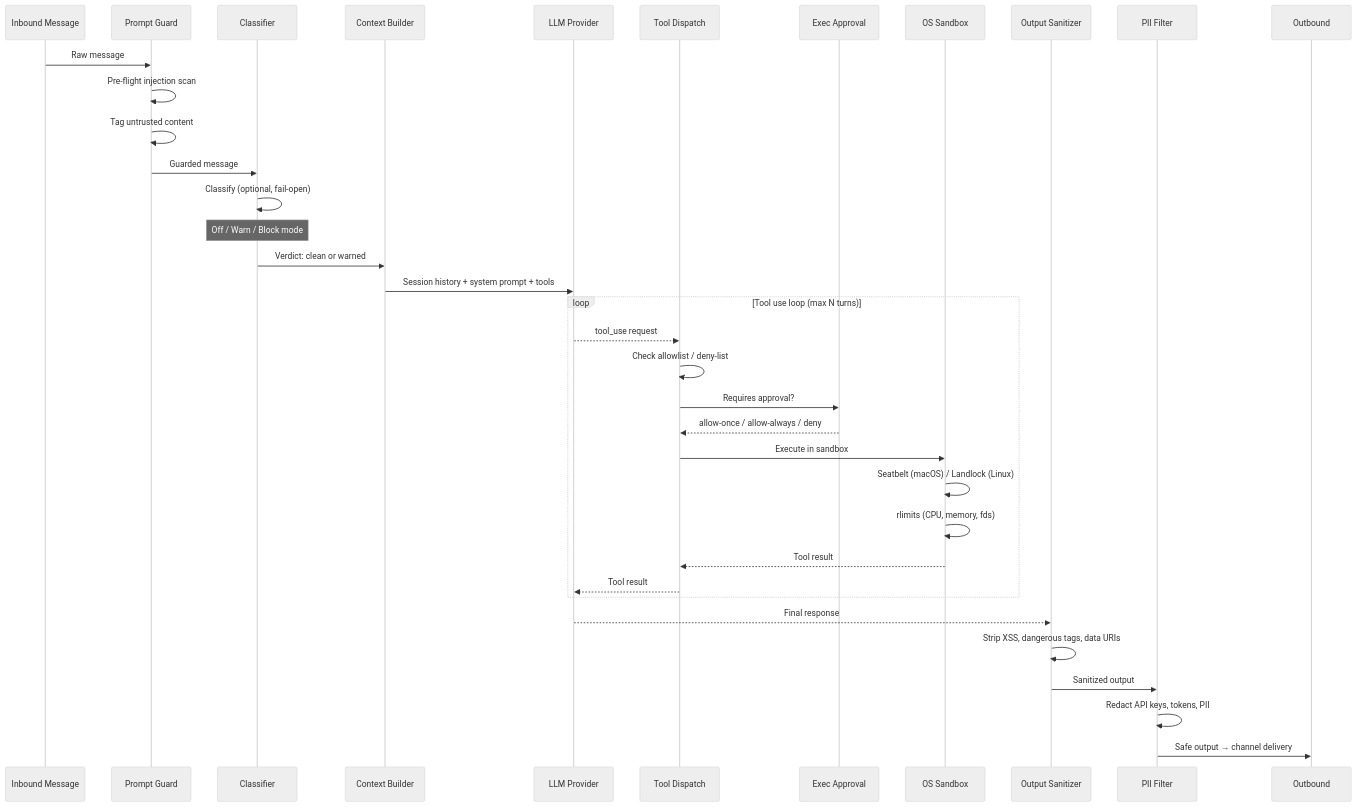
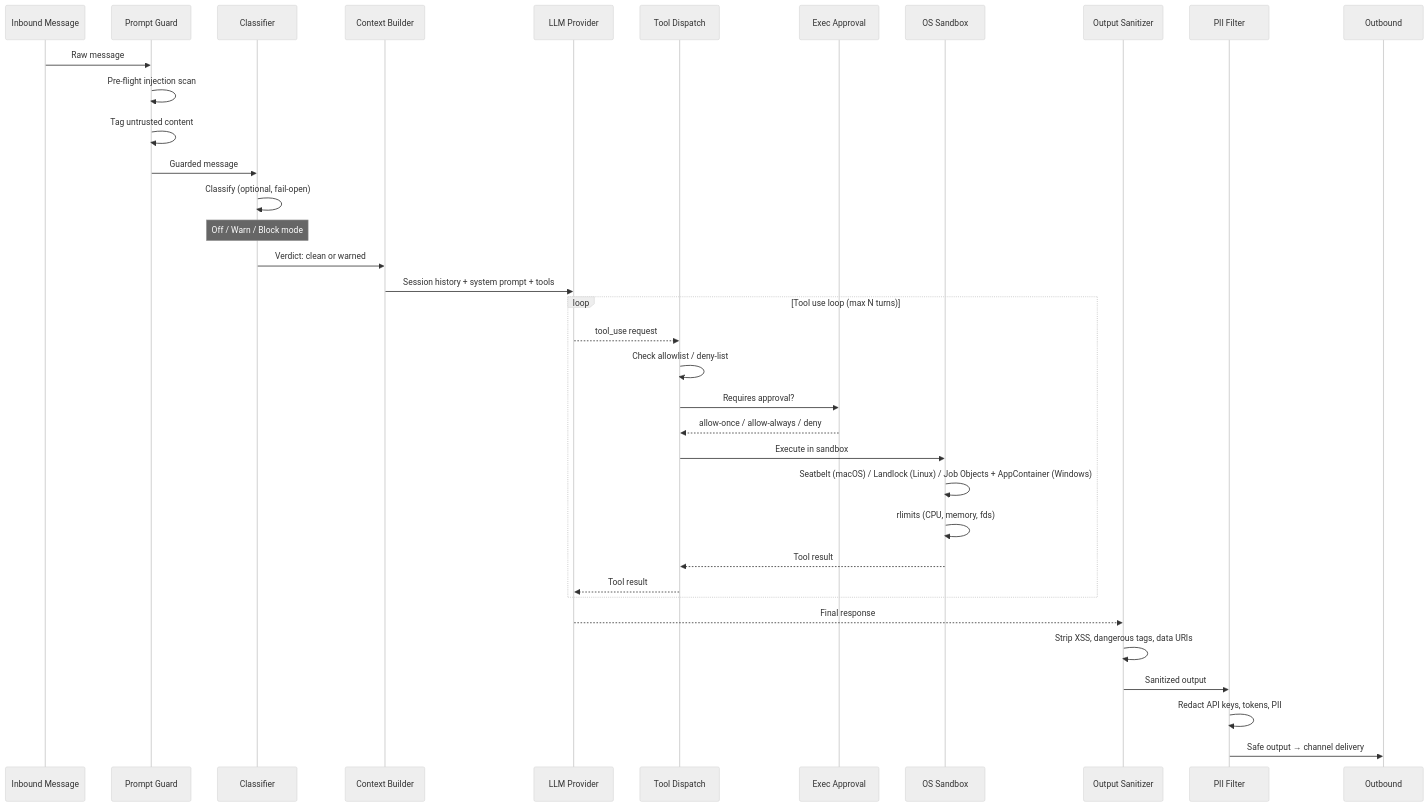
The fourth of 4 diagrams in docs/architecture.md (puremachinery/carapace), drawn with Mermaid (neutral theme) before and after one commit. The commit also changed other lines of this file and 30 other files, not shown here.

````diff
--- a/docs/architecture.md
+++ b/docs/architecture.md
@@ -175,43 +175,43 @@
 ```mermaid
 sequenceDiagram
     participant In as Inbound Message
     participant PG as Prompt Guard
     participant CLF as Classifier
     participant Ctx as Context Builder
     participant LLM as LLM Provider
     participant TD as Tool Dispatch
     participant EA as Exec Approval
     participant SB as OS Sandbox
     participant OC as Output Sanitizer
     participant PII as PII Filter
     participant Out as Outbound
 
     In->>PG: Raw message
     PG->>PG: Pre-flight injection scan
     PG->>PG: Tag untrusted content
     PG->>CLF: Guarded message
 
     CLF->>CLF: Classify (optional, fail-open)
     Note over CLF: Off / Warn / Block mode
     CLF->>Ctx: Verdict: clean or warned
 
     Ctx->>LLM: Session history + system prompt + tools
 
     loop Tool use loop (max N turns)
         LLM-->>TD: tool_use request
         TD->>TD: Check allowlist / deny-list
         TD->>EA: Requires approval?
         EA-->>TD: allow-once / allow-always / deny
         TD->>SB: Execute in sandbox
-        SB->>SB: Seatbelt (macOS) / Landlock (Linux)
+        SB->>SB: Seatbelt (macOS) / Landlock (Linux) / Job Objects + AppContainer (Windows)
         SB->>SB: rlimits (CPU, memory, fds)
         SB-->>TD: Tool result
         TD-->>LLM: Tool result
     end
 
     LLM-->>OC: Final response
     OC->>OC: Strip XSS, dangerous tags, data URIs
     OC->>PII: Sanitized output
     PII->>PII: Redact API keys, tokens, PII
     PII->>Out: Safe output → channel delivery
 ```
````
